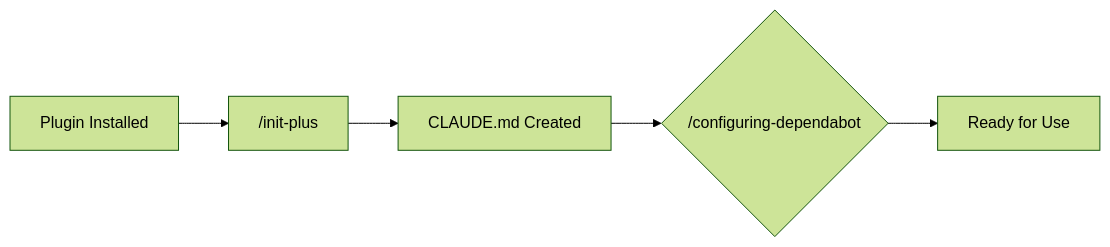
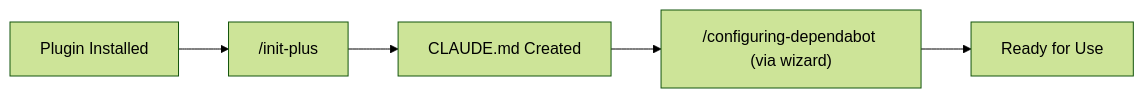
One commit to HeadlessTarry/Token-Effort changed the first of 2 diagrams in README.md. Above: the diagram before and after it, drawn with Mermaid (forest theme). The commit also changed other lines of this file, not shown here.

````diff
--- a/README.md
+++ b/README.md
@@ -55,7 +64,7 @@
 ```mermaid
 graph LR
     A["Plugin Installed"] --> B["/init-plus"]
     B --> C["CLAUDE.md Created"]
-    C --> D{"/configuring-dependabot"}
+    C --> D["/configuring-dependabot (via wizard)"]
     D --> E["Ready for Use"]
 ```
````
